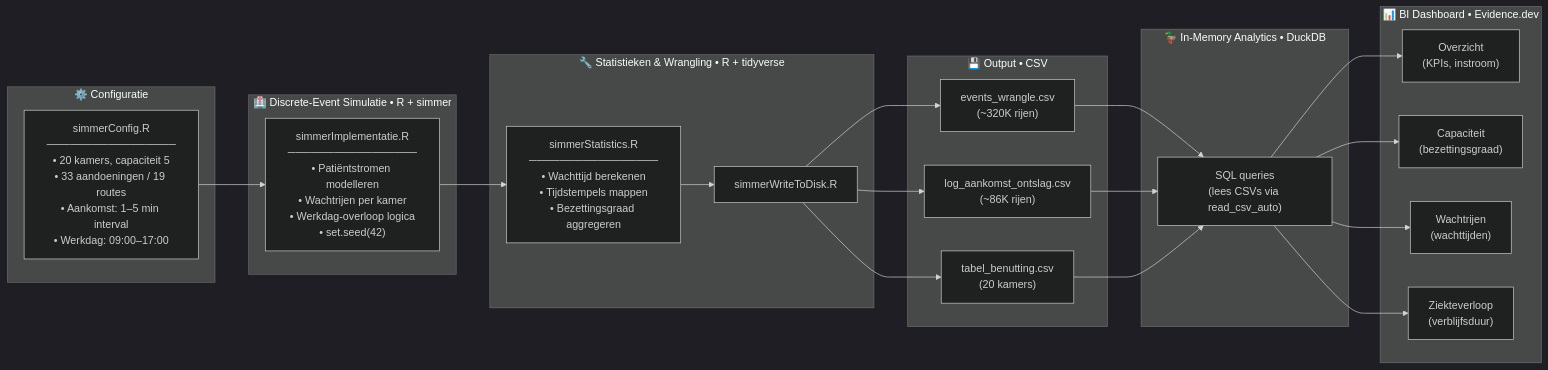
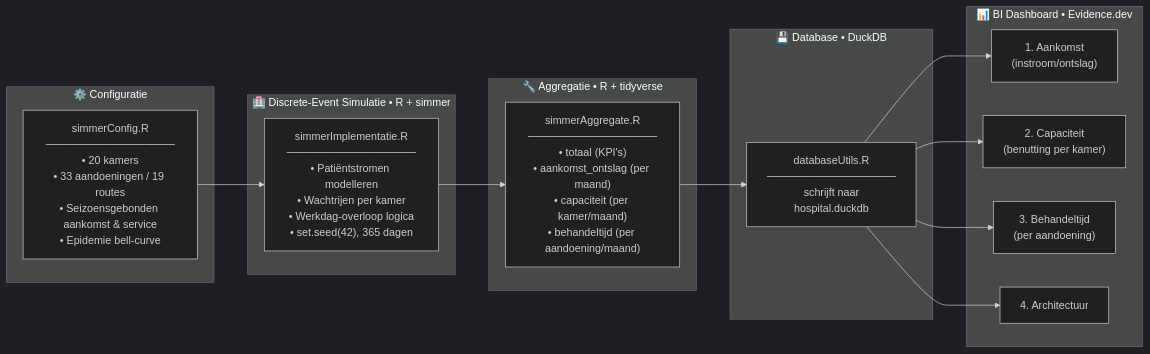
One commit to ChrismaxR/DataBA changed the diagram in README.md. Above: the diagram before and after it, drawn with Mermaid (dark theme). The commit also changed other lines of this file, not shown here.

````diff
--- a/README.md
+++ b/README.md
@@ -33,39 +42,30 @@
 ```mermaid
 flowchart LR
     subgraph Configuratie["⚙️ Configuratie"]
-        CFG["simmerConfig.R\n─────────────────\n• 20 kamers, capaciteit 5\n• 33 aandoeningen / 19 routes\n• Aankomst: 1–5 min interval\n• Werkdag: 09:00–17:00"]
+        CFG["simmerConfig.R\n─────────────────\n• 20 kamers\n• 33 aandoeningen / 19 routes\n• Seizoensgebonden aankomst & service\n• Epidemie bell-curve"]
     end
 
     subgraph Simulatie["🏥 Discrete-Event Simulatie  •  R + simmer"]
-        SIM["simmerImplementatie.R\n─────────────────\n• Patiëntstromen modelleren\n• Wachtrijen per kamer\n• Werkdag-overloop logica\n• set.seed(42)"]
+        SIM["simmerImplementatie.R\n─────────────────\n• Patiëntstromen modelleren\n• Wachtrijen per kamer\n• Werkdag-overloop logica\n• set.seed(42), 365 dagen"]
     end
 
-    subgraph Verwerking["🔧 Statistieken & Wrangling  •  R + tidyverse"]
-        STAT["simmerStatistics.R\n─────────────────\n• Wachttijd berekenen\n• Tijdstempels mappen\n• Bezettingsgraad aggregeren"]
-        WRITE["simmerWriteToDisk.R"]  
+    subgraph Verwerking["🔧 Aggregatie  •  R + tidyverse"]
+        AGG["simmerAggregate.R\n─────────────────\n• totaal (KPI's)\n• aankomst_ontslag (per maand)\n• capaciteit (per kamer/maand)\n• behandeltijd (per aandoening/maand)"]
     end
 
-    subgraph Opslag["💾 Output  •  CSV"]
-        CSV1["events_wrangle.csv\n(~320K rijen)"]
-        CSV2["log_aankomst_ontslag.csv\n(~86K rijen)"]
-        CSV3["tabel_benutting.csv\n(20 kamers)"]
-    end
-
-    subgraph Analytics["🦆 In-Memory Analytics  •  DuckDB"]
-        SQL["SQL queries\n(lees CSVs via read_csv_auto)"]
+    subgraph Opslag["💾 Database  •  DuckDB"]
+        DB["databaseUtils.R\n─────────────────\nschrijft naar\nhospital.duckdb"]
     end
 
     subgraph Dashboard["📊 BI Dashboard  •  Evidence.dev"]
-        P1["Overzicht\n(KPIs, instroom)"]
-        P2["Capaciteit\n(bezettingsgraad)"]
-        P3["Wachtrijen\n(wachttijden)"]
-        P4["Ziekteverloop\n(verblijfsduur)"]
+        P1["1. Aankomst\n(instroom/ontslag)"]
+        P2["2. Capaciteit\n(benutting per kamer)"]
+        P3["3. Behandeltijd\n(per aandoening)"]
+        P4["4. Architectuur"]
     end
 
     CFG --> SIM
-    SIM --> STAT
-    STAT --> WRITE
-    WRITE --> CSV1 & CSV2 & CSV3
-    CSV1 & CSV2 & CSV3 --> SQL
-    SQL --> P1 & P2 & P3 & P4
+    SIM --> AGG
+    AGG --> DB
+    DB --> P1 & P2 & P3 & P4
 ```
````
